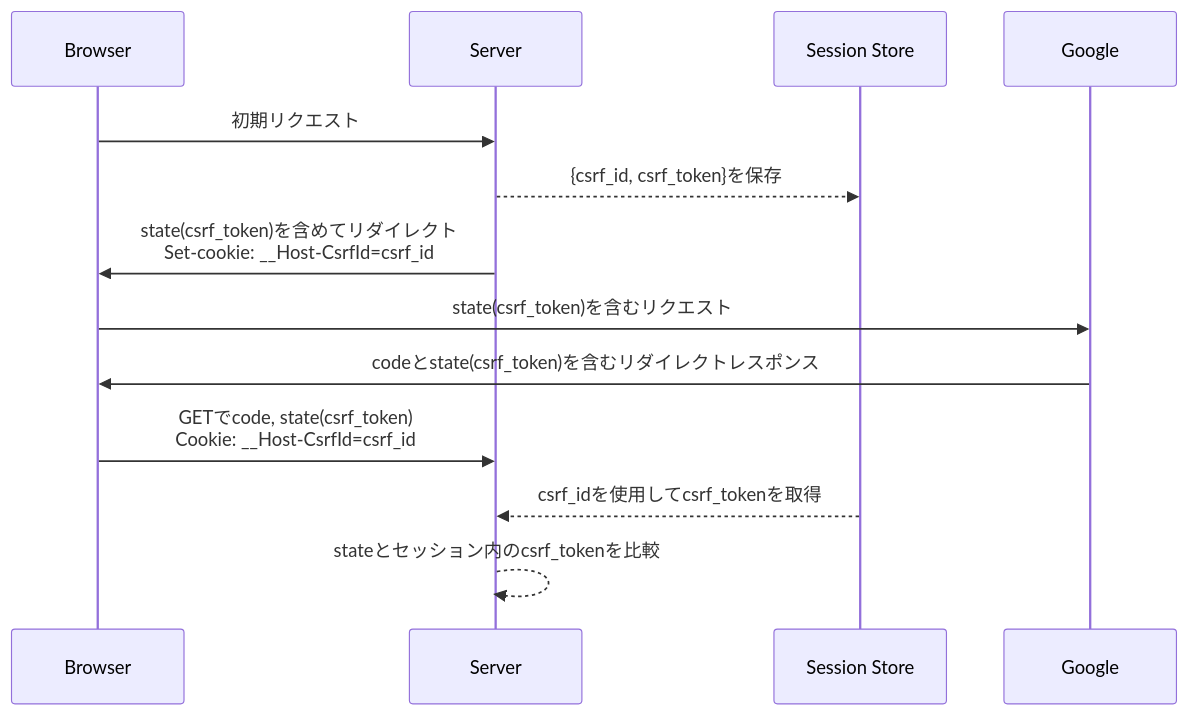
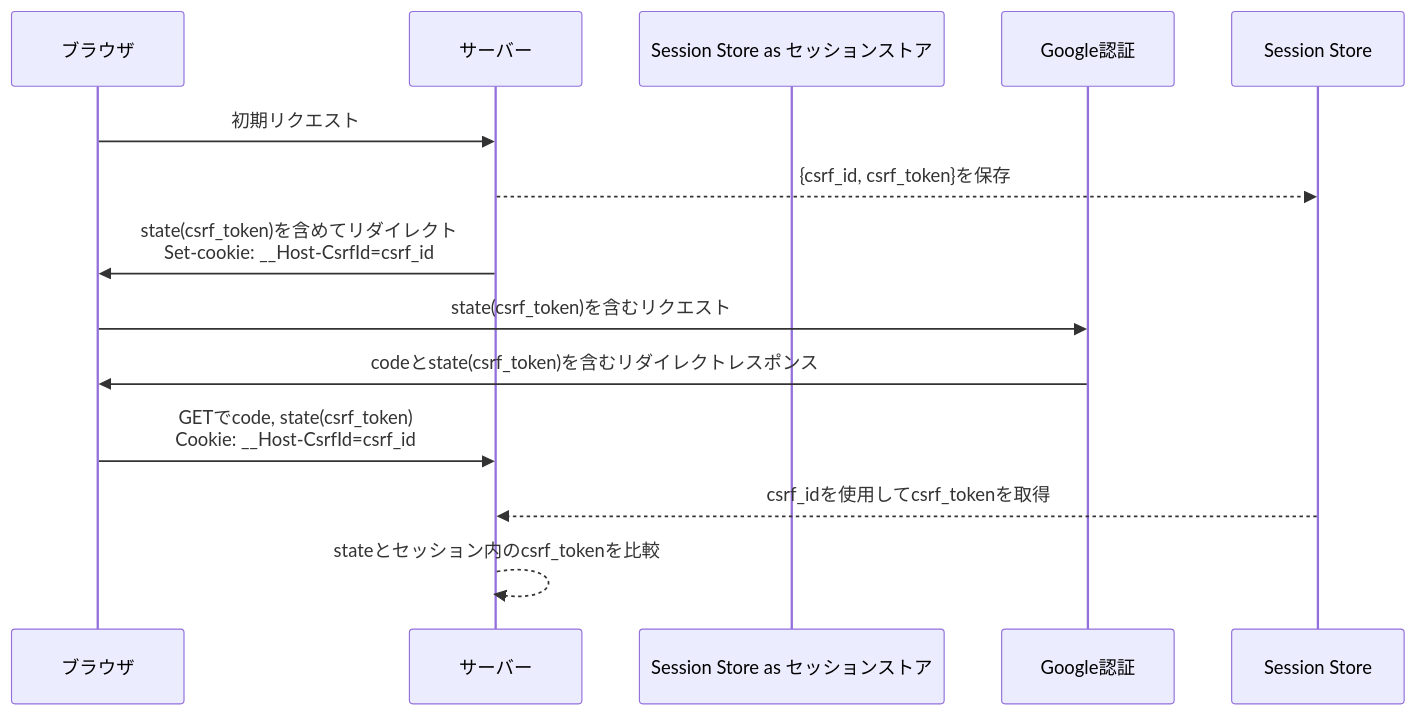
The third of 3 diagrams in 2024/Axum-Google-OAuth2-Login/Readme.jp.md (ktaka-ccmp/ktaka.blog.ccmp.jp), drawn with Mermaid before and after one commit. The commit also changed other lines of this file, not shown here.

````diff
--- a/2024/Axum-Google-OAuth2-Login/Readme.jp.md
+++ b/2024/Axum-Google-OAuth2-Login/Readme.jp.md
@@ -372,16 +345,16 @@
 ```mermaid
 sequenceDiagram
-    participant Browser
-    participant Server
-    participant Session Store
-    participant Google
+    participant Browser as ブラウザ
+    participant Server as サーバー
+    participant Session Store as セッションストア
+    participant Google as Google認証
 
     Browser->>Server: 初期リクエスト
     Server-->>Session Store: {csrf_id, csrf_token}を保存
-    Server->>Browser: state(csrf_token)を含めてリダイレクト <br/>Set-cookie: __Host-CsrfId=csrf_id
+    Server->>Browser: state(csrf_token)を含めてリダイレクト <br>Set-cookie: __Host-CsrfId=csrf_id
     Browser->>Google: state(csrf_token)を含むリクエスト
     Google->>Browser: codeとstate(csrf_token)を含むリダイレクトレスポンス
-    Browser->>Server: GETでcode, state(csrf_token) <br/>Cookie: __Host-CsrfId=csrf_id
+    Browser->>Server: GETでcode, state(csrf_token) <br>Cookie: __Host-CsrfId=csrf_id
     Session Store-->>Server: csrf_idを使用してcsrf_tokenを取得
     Server-->>Server: stateとセッション内のcsrf_tokenを比較
 ```
````
